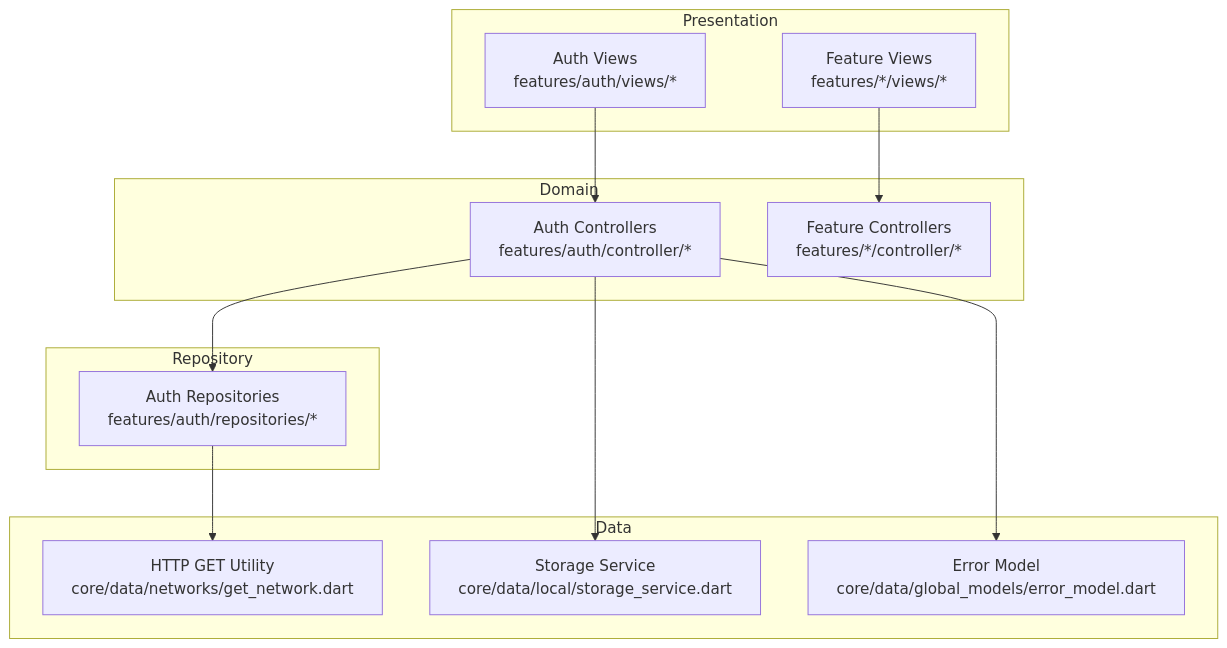
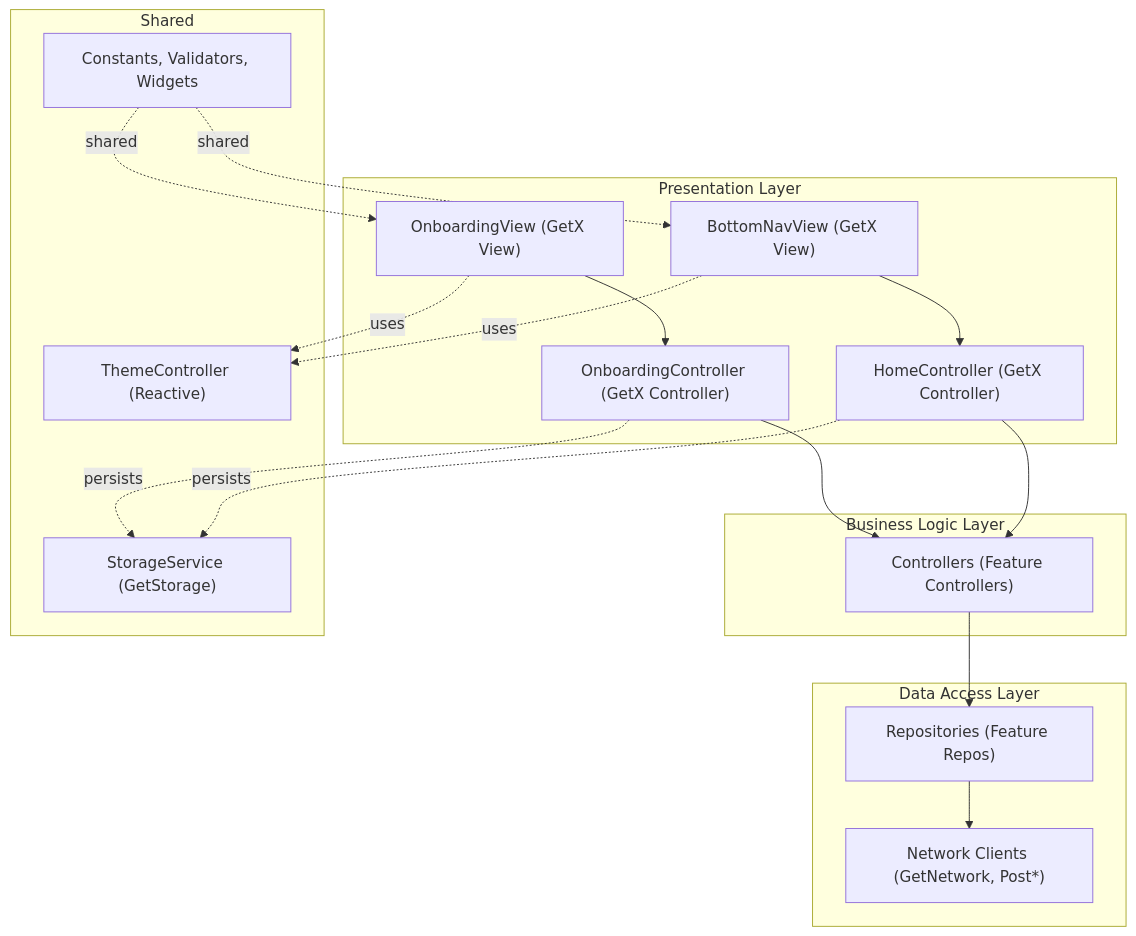
The second of 8 diagrams in .qoder/repowiki/en/content/Architecture Overview/Architecture Overview.md (Ariful3111/FurniGo), drawn with Mermaid before and after one commit. The commit also changed other lines of this file and 115 other files, not shown here.

````diff
--- a/.qoder/repowiki/en/content/Architecture Overview/Architecture Overview.md
+++ b/.qoder/repowiki/en/content/Architecture Overview/Architecture Overview.md
@@ -108,25 +103,33 @@
 ```mermaid
 graph TB
-subgraph "Presentation"
-V1["Auth Views<br/>features/auth/views/*"]
-V2["Feature Views<br/>features/*/views/*"]
+subgraph "Presentation Layer"
+V1["OnboardingView (GetX View)"]
+C1["OnboardingController (GetX Controller)"]
+V2["BottomNavView (GetX View)"]
+C2["HomeController (GetX Controller)"]
 end
-subgraph "Domain"
-C1["Auth Controllers<br/>features/auth/controller/*"]
-C2["Feature Controllers<br/>features/*/controller/*"]
+subgraph "Business Logic Layer"
+SVC1["Controllers (Feature Controllers)"]
 end
-subgraph "Repository"
-R1["Auth Repositories<br/>features/auth/repositories/*"]
+subgraph "Data Access Layer"
+R1["Repositories (Feature Repos)"]
+N1["Network Clients (GetNetwork, Post*)"]
 end
-subgraph "Data"
-N1["HTTP GET Utility<br/>core/data/networks/get_network.dart"]
-S1["Storage Service<br/>core/data/local/storage_service.dart"]
-E1["Error Model<br/>core/data/global_models/error_model.dart"]
+subgraph "Shared"
+T1["ThemeController (Reactive)"]
+S1["StorageService (GetStorage)"]
+U1["Constants, Validators, Widgets"]
 end
 V1 --> C1
 V2 --> C2
-C1 --> R1
+C1 --> SVC1
+C2 --> SVC1
+SVC1 --> R1
 R1 --> N1
-C1 --> S1
-C1 --> E1
+V1 -. uses .-> T1
+V2 -. uses .-> T1
+C1 -. persists .-> S1
+C2 -. persists .-> S1
+U1 -. shared .-> V1
+U1 -. shared .-> V2
 ```
````
